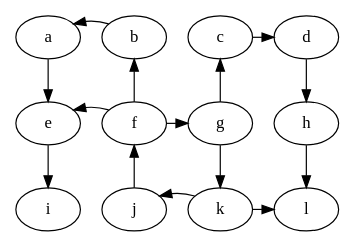
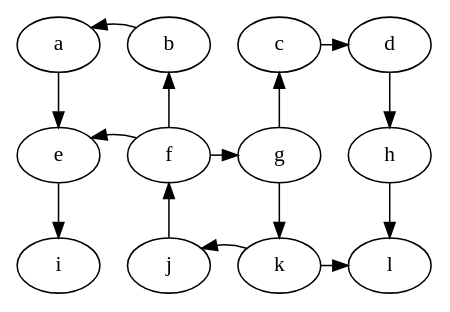
Before and after one commit to IUDataStructuresCourse/course-web-page-fall-2023: the diagram in lectures/digraph2.dot, drawn with Graphviz. The commit also changed 28 other files, not shown here.

```diff
--- a/lectures/digraph2.dot
+++ b/lectures/digraph2.dot
@@ -1,28 +1,27 @@
 digraph G {
-  size = "3,3";
 
   { rank = same; a b c d }
   { rank = same; e f g h }
   { rank = same; i j k l }
   
   a -> e;
   a -> b [style = invis ];
   b -> a [constraint = false];
   b -> c [style = invis ];
   c -> d;
   d -> h;
   e -> i;
   e -> f [style = invis ];
   f -> b [constraint = false];
   f -> e [constraint = false];
   f -> g;
   g -> k;
   g -> c [constraint = false];
   g -> h [style = invis ];
   h -> l;
   i -> j [style = invis ];
   j -> f [constraint = false];
   j -> k [style = invis ];
   k -> j;
   k -> l
 }
```
